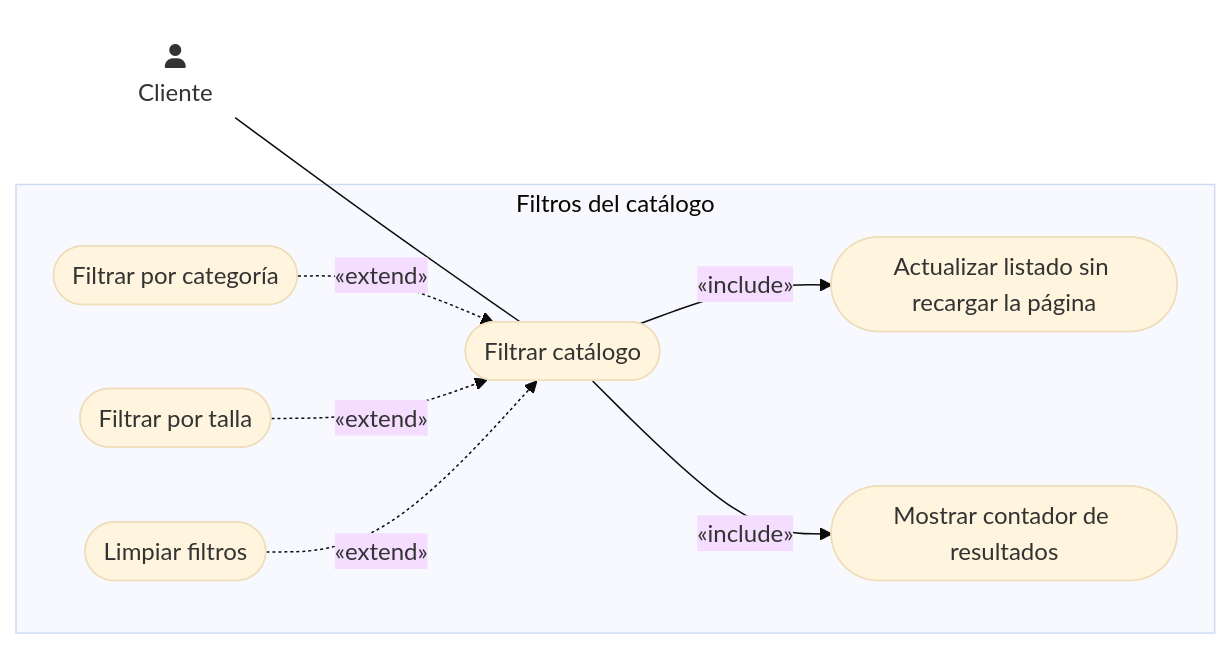
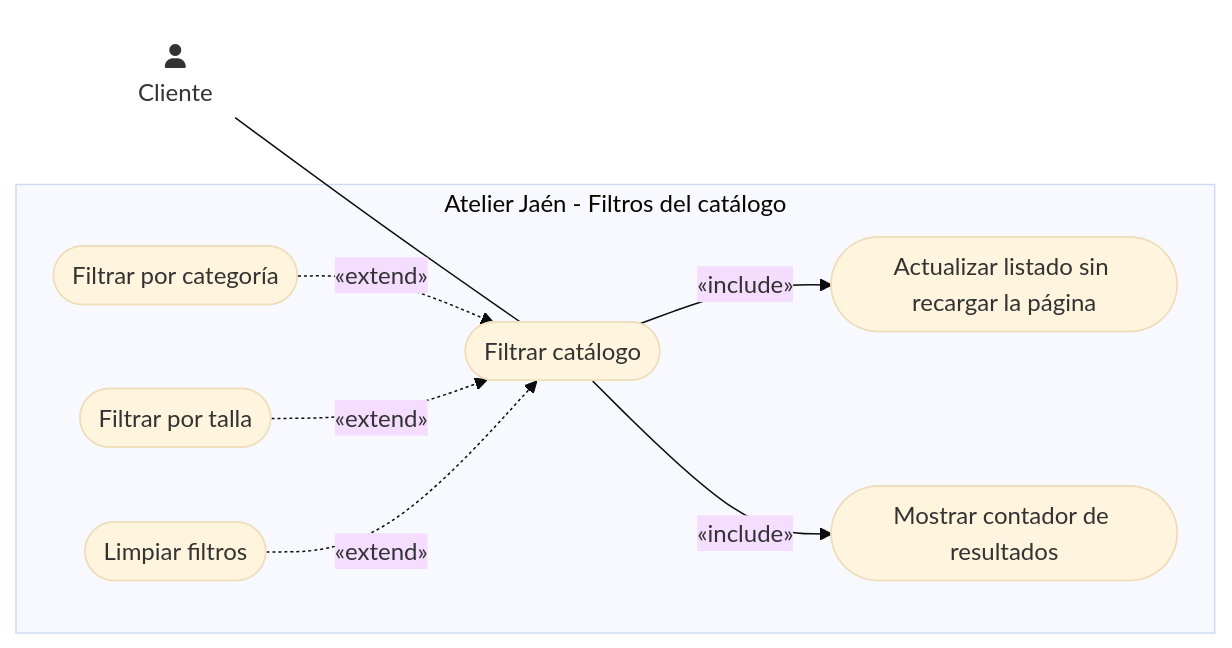
The diagram in Practica3_G11_LaTeX/codigo/cu_us06.mmd (ajgarciarias10/PR3GPS), drawn with Mermaid (base theme) before and after one commit. The commit also changed 42 other files, not shown here.

```diff
--- a/Practica3_G11_LaTeX/codigo/cu_us06.mmd
+++ b/Practica3_G11_LaTeX/codigo/cu_us06.mmd
@@ -1,17 +1,22 @@
 flowchart LR
-    subgraph SB6 ["Filtros del catálogo"]
+    Cliente("fa:fa-user<br>Cliente")
+
+    subgraph SB6 ["Atelier Jaén - Filtros del catálogo"]
         FiltrarCatalogo([Filtrar catálogo])
         ActualizarListado([Actualizar listado sin recargar la página])
         MostrarContador([Mostrar contador de resultados])
         PorCategoria([Filtrar por categoría])
         PorTalla([Filtrar por talla])
         LimpiarFiltros([Limpiar filtros])
     end
-    Cliente("fa:fa-user<br>Cliente") --- FiltrarCatalogo
+
+    Cliente --- FiltrarCatalogo
+
     FiltrarCatalogo -->|«include»| ActualizarListado
     FiltrarCatalogo -->|«include»| MostrarContador
     PorCategoria -.->|«extend»| FiltrarCatalogo
     PorTalla -.->|«extend»| FiltrarCatalogo
     LimpiarFiltros -.->|«extend»| FiltrarCatalogo
+
     classDef actor fill:none,stroke:none;
     class Cliente actor;
```
